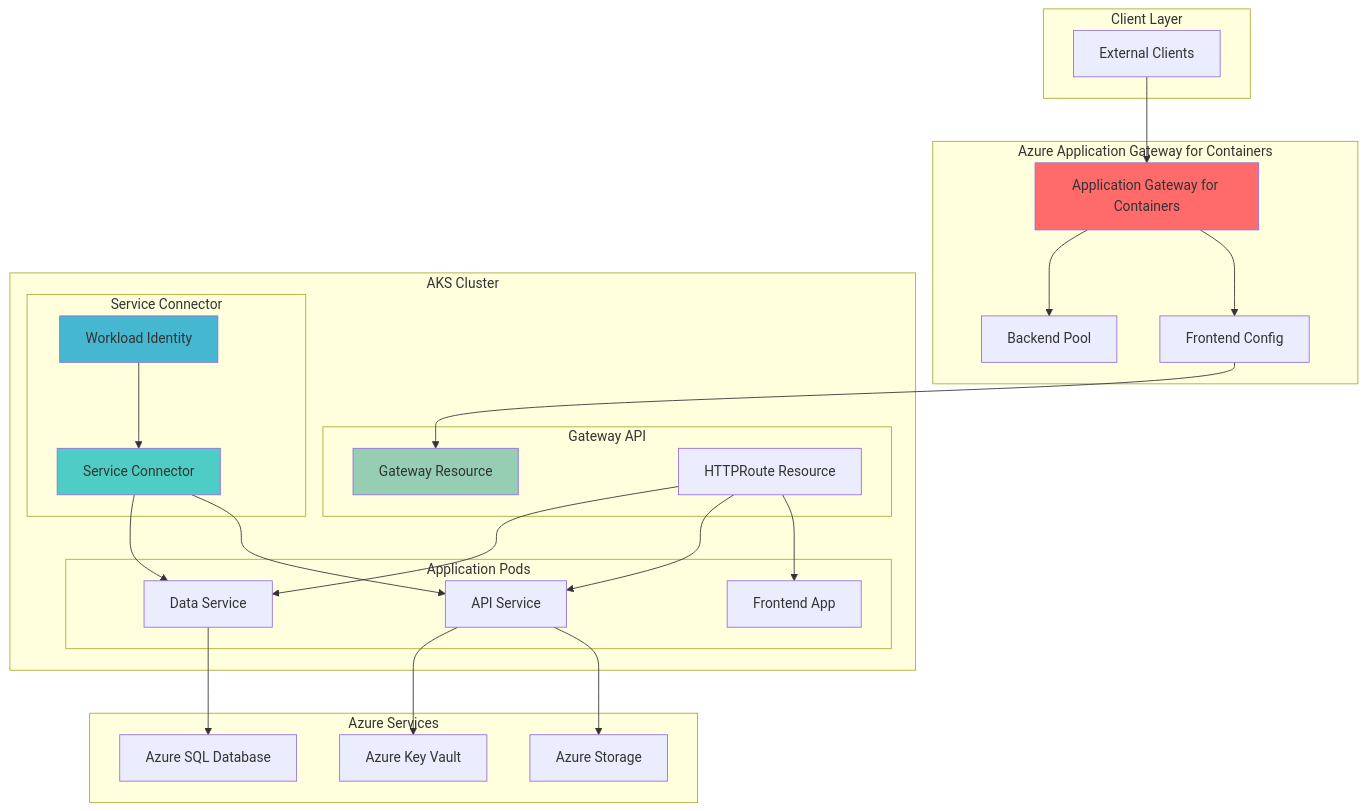
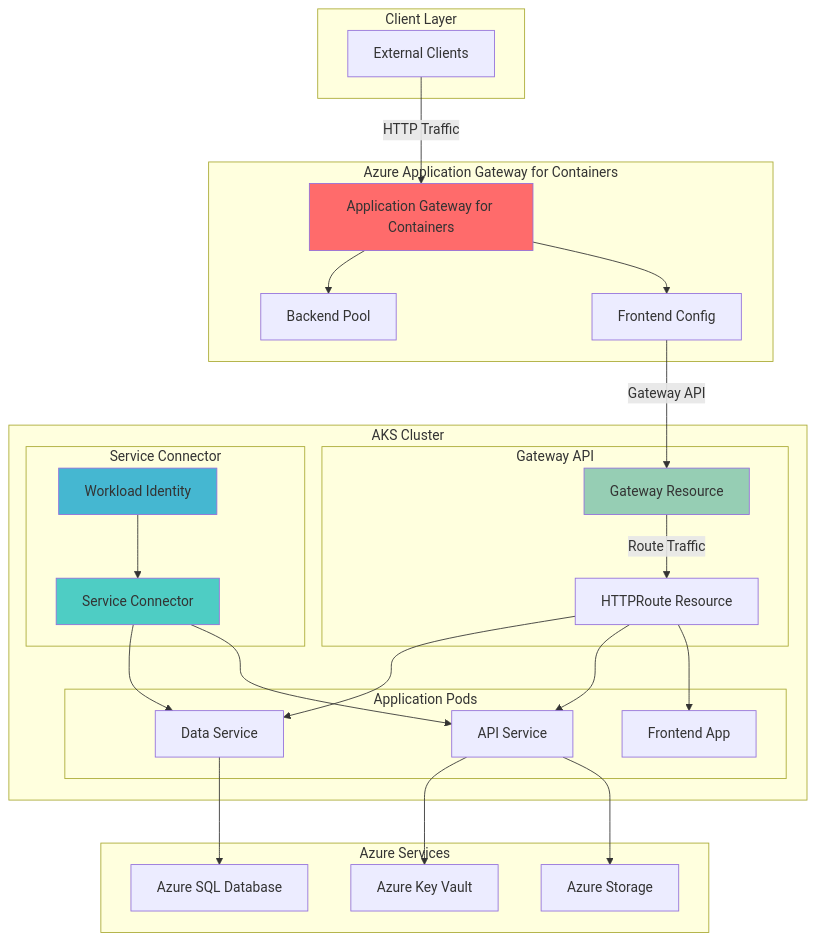
One commit to mzazon/awesome-cloud-projects changed the diagram in azure/cloud-native-service-connectivity/cloud-native-service-connectivity.md. Above: the diagram before and after it, drawn with Mermaid. The commit also changed other lines of this file and 5581 other files, not shown here.

````diff
--- a/azure/cloud-native-service-connectivity/cloud-native-service-connectivity.md
+++ b/azure/cloud-native-service-connectivity/cloud-native-service-connectivity.md
@@ -30,57 +30,58 @@
 ```mermaid
 graph TB
     subgraph "Client Layer"
         CLIENT[External Clients]
     end
     
     subgraph "Azure Application Gateway for Containers"
         AGC[Application Gateway for Containers]
         FRONTEND[Frontend Config]
         BACKEND[Backend Pool]
     end
     
     subgraph "AKS Cluster"
         subgraph "Gateway API"
             GATEWAY[Gateway Resource]
             HTTPROUTE[HTTPRoute Resource]
         end
         
         subgraph "Application Pods"
             APP1[Frontend App]
             APP2[API Service]
             APP3[Data Service]
         end
         
         subgraph "Service Connector"
             SC[Service Connector]
             WI[Workload Identity]
         end
     end
     
     subgraph "Azure Services"
         STORAGE[Azure Storage]
         SQLDB[Azure SQL Database]
         KEYVAULT[Azure Key Vault]
     end
     
-    CLIENT-->AGC
+    CLIENT-->|"HTTP Traffic"|AGC
     AGC-->FRONTEND
     AGC-->BACKEND
-    FRONTEND-->GATEWAY
+    FRONTEND-->|"Gateway API"|GATEWAY
+    GATEWAY-->|"Route Traffic"|HTTPROUTE
     HTTPROUTE-->APP1
     HTTPROUTE-->APP2
     HTTPROUTE-->APP3
     
     SC-->APP2
     SC-->APP3
     WI-->SC
     
     APP2-->STORAGE
     APP3-->SQLDB
     APP2-->KEYVAULT
     
     style AGC fill:#FF6B6B
     style SC fill:#4ECDC4
     style WI fill:#45B7D1
     style GATEWAY fill:#96CEB4
 ```
````
